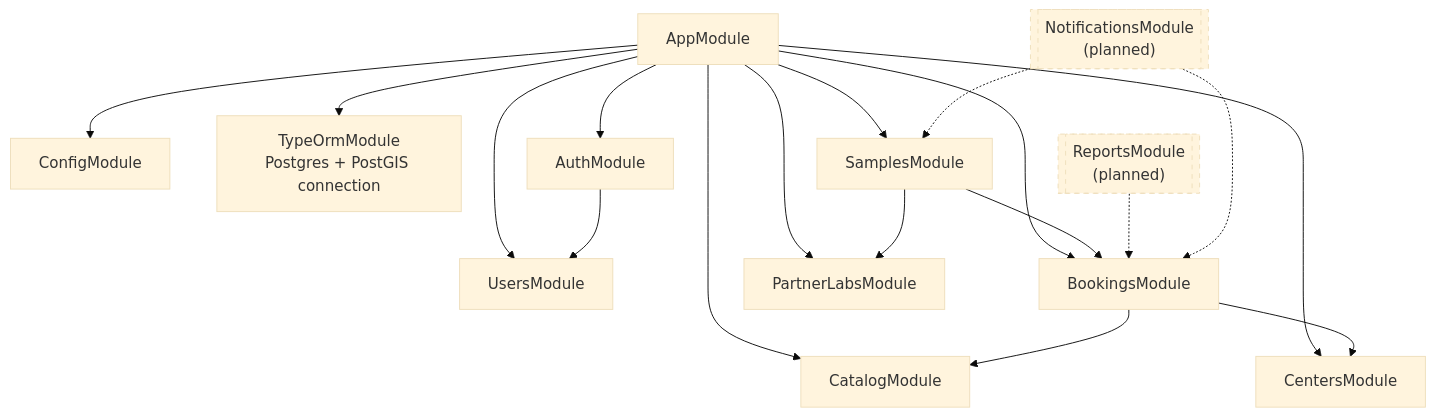
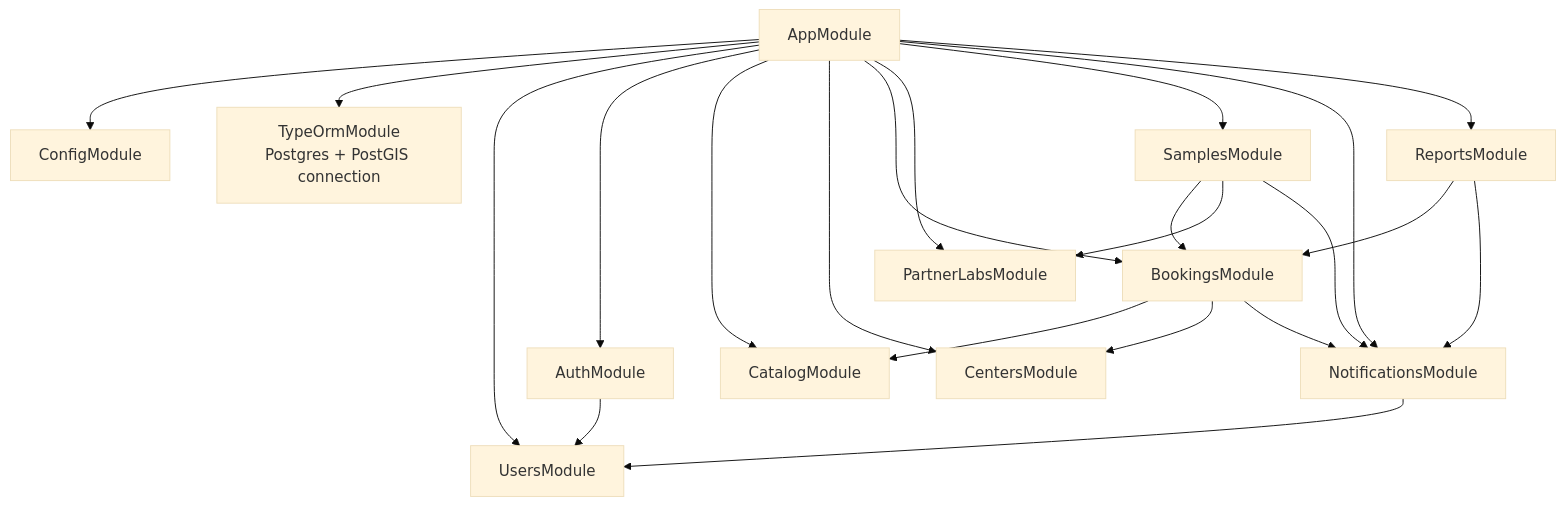
One commit to revanthvelaga/2026-VRK-Arogya changed the diagram in flows/02-module-dependency-graph.md. Above: the diagram before and after it, drawn with Mermaid (base theme). The commit also changed other lines of this file and 26 other files, not shown here.

````diff
--- a/flows/02-module-dependency-graph.md
+++ b/flows/02-module-dependency-graph.md
@@ -7,41 +6,40 @@
 ```mermaid
 graph TD
     App[AppModule]
 
     Config[ConfigModule]
     TypeOrm[TypeOrmModule<br/>Postgres + PostGIS connection]
 
     Users[UsersModule]
     Auth[AuthModule]
     Catalog[CatalogModule]
     Centers[CentersModule]
     Bookings[BookingsModule]
     PartnerLabs[PartnerLabsModule]
     Samples[SamplesModule]
-
-    Notifications[["NotificationsModule<br/>(planned)"]]
-    Reports[["ReportsModule<br/>(planned)"]]
+    Notifications[NotificationsModule]
+    Reports[ReportsModule]
 
     App --> Config
     App --> TypeOrm
     App --> Users
     App --> Auth
     App --> Catalog
     App --> Centers
     App --> Bookings
     App --> PartnerLabs
     App --> Samples
+    App --> Notifications
+    App --> Reports
 
     Auth --> Users
     Bookings --> Catalog
     Bookings --> Centers
     Samples --> Bookings
     Samples --> PartnerLabs
-
-    Reports -.-> Bookings
-    Notifications -.-> Bookings
-    Notifications -.-> Samples
-
-    classDef planned stroke-dasharray: 5 5;
-    class Notifications,Reports planned;
+    Notifications --> Users
+    Bookings --> Notifications
+    Samples --> Notifications
+    Reports --> Bookings
+    Reports --> Notifications
 ```
````
